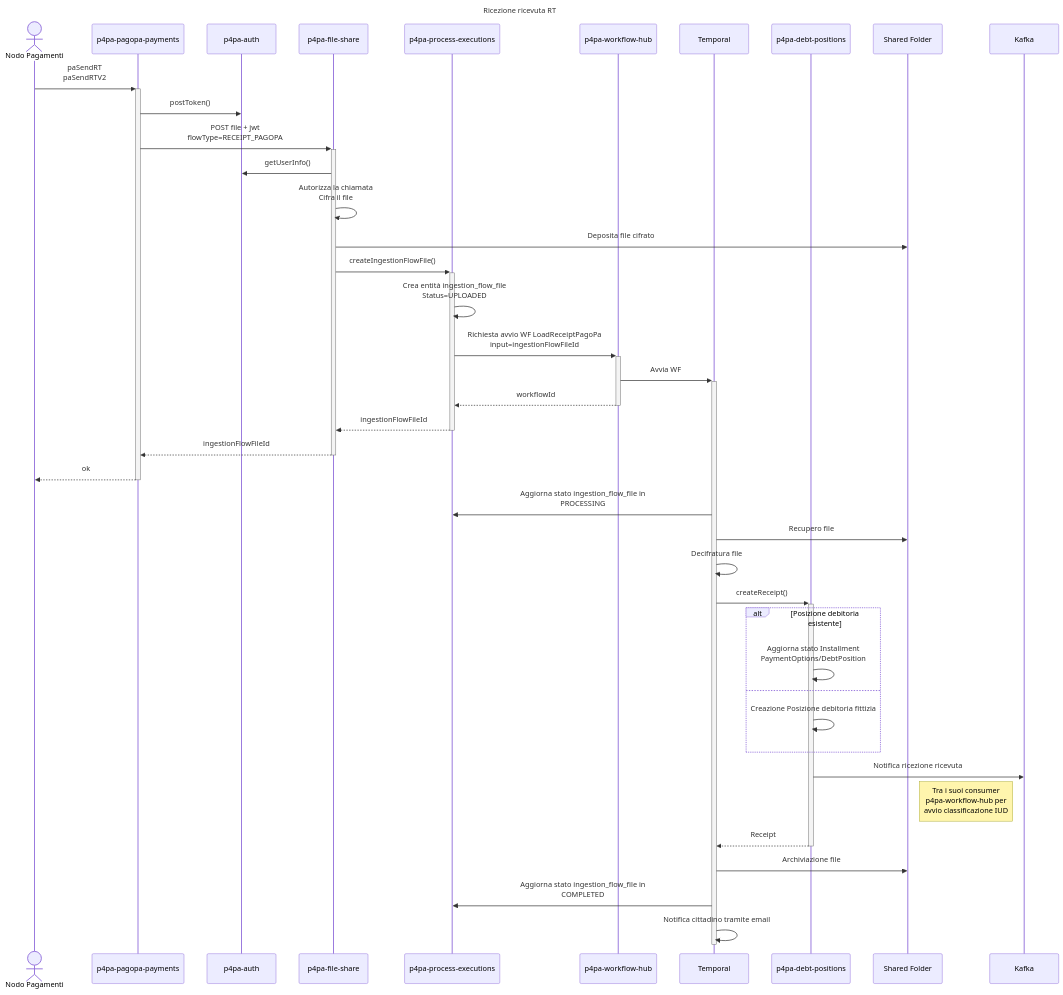
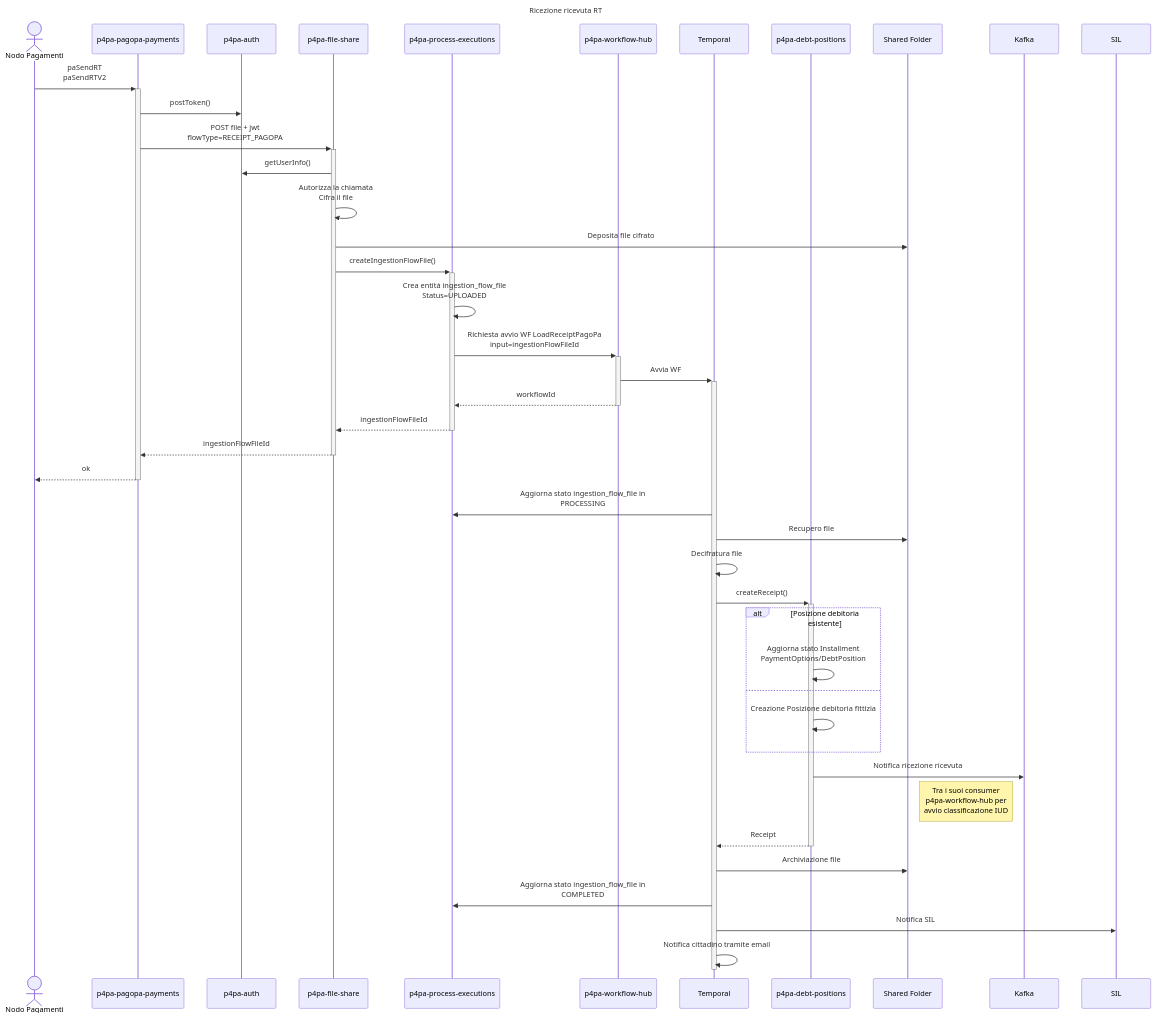
One commit to pagopa/p4pa-doc changed the diagram in design/workflow/ricevuteRT/seq_paSendRT.mmd. Above: the diagram before and after it, drawn with Mermaid. The commit also changed 7 other files, not shown here.

```diff
--- a/design/workflow/ricevuteRT/seq_paSendRT.mmd
+++ b/design/workflow/ricevuteRT/seq_paSendRT.mmd
@@ -1,47 +1,49 @@
 ---
 title: Ricezione ricevuta RT
 ---
 sequenceDiagram
     actor PAGOPA as Nodo Pagamenti
     participant MS_PAGOPA_PAY as p4pa-pagopa-payments
     participant MS_AUTH as p4pa-auth
     participant MS_FILESHARE as p4pa-file-share
     participant MS_PROCESS_EXECUTIONS as p4pa-process-executions
     participant MS_WF as p4pa-workflow-hub
     participant WF as Temporal
     participant MS_DP as p4pa-debt-positions
     participant SHARED as Shared Folder
     participant KAFKA as Kafka
+    participant SIL
 
     PAGOPA ->>+ MS_PAGOPA_PAY: paSendRT<BR />paSendRTV2
         MS_PAGOPA_PAY ->> MS_AUTH: postToken()
         MS_PAGOPA_PAY ->>+ MS_FILESHARE: POST file + jwt<BR />flowType=RECEIPT_PAGOPA
             MS_FILESHARE ->> MS_AUTH: getUserInfo()
             MS_FILESHARE ->> MS_FILESHARE: Autorizza la chiamata<BR />Cifra il file
             MS_FILESHARE ->> SHARED: Deposita file cifrato
             MS_FILESHARE ->>+ MS_PROCESS_EXECUTIONS: createIngestionFlowFile()
                 MS_PROCESS_EXECUTIONS ->> MS_PROCESS_EXECUTIONS: Crea entità ingestion_flow_file<BR />Status=UPLOADED
                 MS_PROCESS_EXECUTIONS ->>+ MS_WF: Richiesta avvio WF LoadReceiptPagoPa<BR />input=ingestionFlowFileId
                     MS_WF ->>+ WF: Avvia WF
                     MS_WF -->>- MS_PROCESS_EXECUTIONS: workflowId
                 MS_PROCESS_EXECUTIONS -->>- MS_FILESHARE: ingestionFlowFileId
             MS_FILESHARE -->>- MS_PAGOPA_PAY: ingestionFlowFileId
         MS_PAGOPA_PAY -->>- PAGOPA: ok
 
     WF ->> MS_PROCESS_EXECUTIONS: Aggiorna stato ingestion_flow_file in<BR />PROCESSING
     WF ->> SHARED: Recupero file
     WF ->> WF: Decifratura file
     WF ->>+ MS_DP: createReceipt()
         alt Posizione debitoria esistente
             MS_DP ->> MS_DP: Aggiorna stato Installment<BR />PaymentOptions/DebtPosition
         else
             MS_DP ->> MS_DP: Creazione Posizione debitoria fittizia
         end
         MS_DP ->> KAFKA: Notifica ricezione ricevuta
         note left of KAFKA: Tra i suoi consumer<BR />p4pa-workflow-hub per<BR/>avvio classificazione IUD
         MS_DP -->>- WF: Receipt
     WF ->> SHARED: Archiviazione file
     WF ->> MS_PROCESS_EXECUTIONS: Aggiorna stato ingestion_flow_file in<BR />COMPLETED
+    WF ->> SIL: Notifica SIL
     WF ->> WF: Notifica cittadino tramite email
 
     deactivate WF
```
